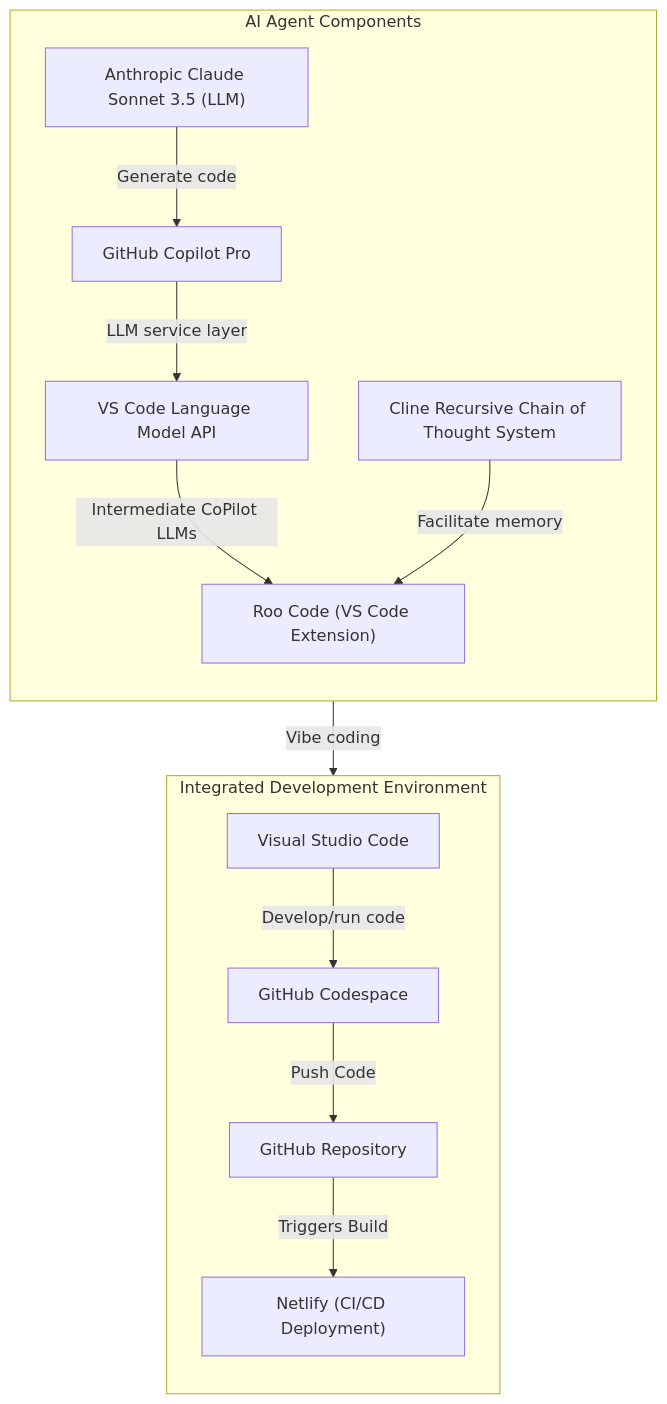
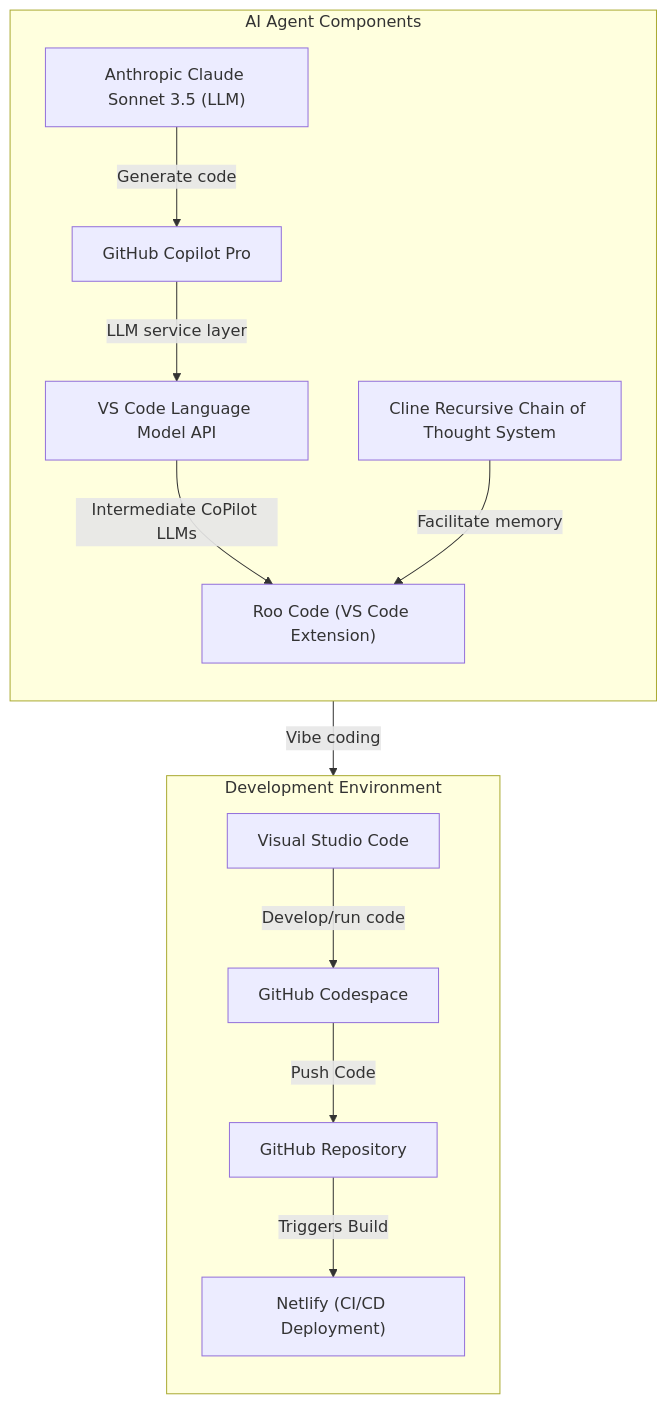
The diagram in README.md (RickRinewalt/pipeline), drawn with Mermaid before and after one commit. The commit also changed other lines of this file, not shown here.

````diff
--- a/README.md
+++ b/README.md
@@ -16,30 +16,30 @@
 ```mermaid
 graph TB
     subgraph AI [AI Agent Components]
         direction TB
         roo["Roo Code (VS Code Extension)"]
         crct["Cline Recursive Chain of Thought System"]
         vscode_lmapi[VS Code Language Model API]
         github_copilot[GitHub Copilot Pro]
         sonnet["Anthropic Claude Sonnet 3.5 (LLM)"]
     end
 
-    subgraph DEV [Integrated Development Environment]
+    subgraph DEV [Development Environment]
         direction TB
         vscode[Visual Studio Code]
         codespace[GitHub Codespace]
         github["GitHub Repository"]
         netlify["Netlify (CI/CD Deployment)"]
     end
 
     sonnet --> |Generate code| github_copilot
     github_copilot --> |LLM service layer| vscode_lmapi
     vscode_lmapi --> |Intermediate CoPilot LLMs| roo
     crct --> |Facilitate memory| roo
     roo --> |Vibe coding| codespace
 
     vscode --> |Develop/run code| codespace
     codespace --> |Push Code| github
     github --> |Triggers Build| netlify
 
 ```
````
